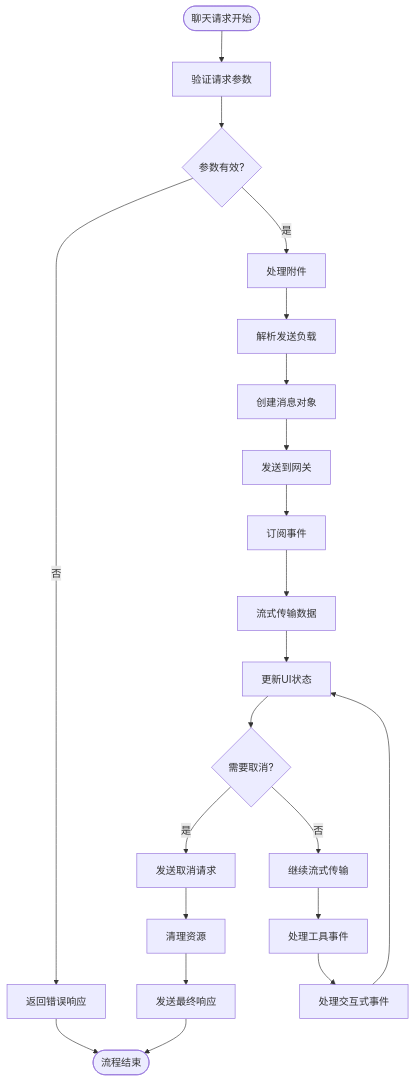
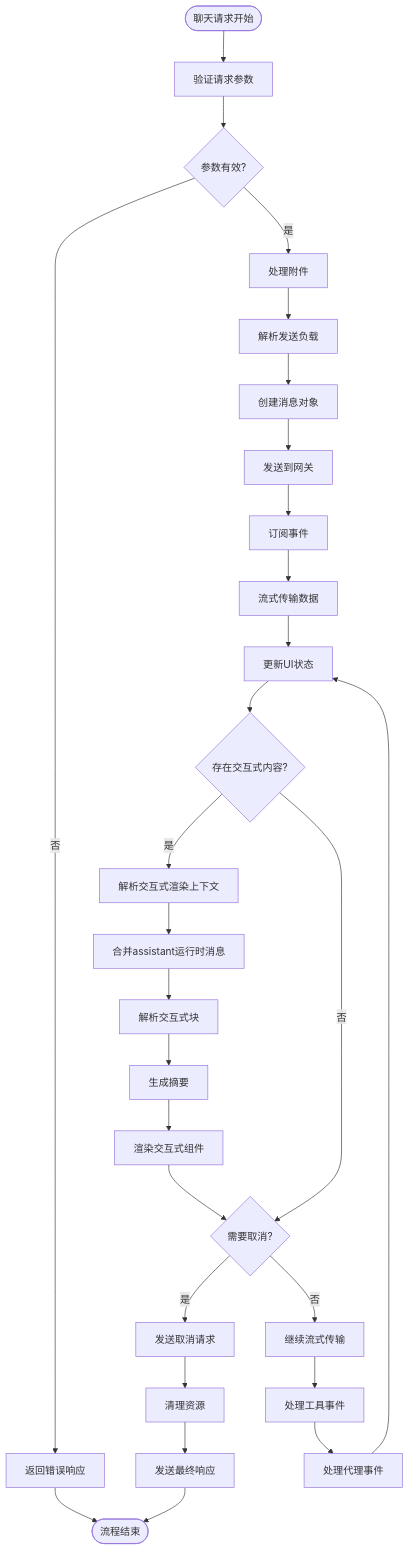
Before and after one commit to verse-ai-org/openclaw: the third of 37 diagrams in .qoder/repowiki/zh/content/Web界面/WebChat界面/聊天运行时提供者增强/聊天运行时提供者增强.md, drawn with Mermaid. The commit also changed other lines of this file and 95 other files, not shown here.

````diff
--- a/.qoder/repowiki/zh/content/Web界面/WebChat界面/聊天运行时提供者增强/聊天运行时提供者增强.md
+++ b/.qoder/repowiki/zh/content/Web界面/WebChat界面/聊天运行时提供者增强/聊天运行时提供者增强.md
@@ -272,23 +297,30 @@
 ```mermaid
 flowchart TD
 Start([聊天请求开始]) --> Validate["验证请求参数"]
 Validate --> Valid{"参数有效?"}
 Valid --> |否| ErrorResponse["返回错误响应"]
 Valid --> |是| ProcessAttachments["处理附件"]
 ProcessAttachments --> ParsePayload["解析发送负载"]
 ParsePayload --> CreateMessage["创建消息对象"]
 CreateMessage --> SendToGateway["发送到网关"]
 SendToGateway --> SubscribeToEvents["订阅事件"]
 SubscribeToEvents --> StreamData["流式传输数据"]
 StreamData --> UpdateUI["更新UI状态"]
-UpdateUI --> CheckCancel{"需要取消?"}
+UpdateUI --> CheckInteractive{"存在交互式内容?"}
+CheckInteractive --> |是| ResolveContext["解析交互式渲染上下文"]
+ResolveContext --> MergeAssistant["合并assistant运行时消息"]
+MergeAssistant --> ParseInteractive["解析交互式块"]
+ParseInteractive --> GenerateSummary["生成摘要"]
+GenerateSummary --> RenderInteractive["渲染交互式组件"]
+CheckInteractive --> |否| CheckCancel{"需要取消?"}
+RenderInteractive --> CheckCancel
 CheckCancel --> |是| CancelRequest["发送取消请求"]
 CheckCancel --> |否| ContinueStream["继续流式传输"]
 ContinueStream --> ProcessToolEvents["处理工具事件"]
-ProcessToolEvents --> ProcessInteractiveEvents["处理交互式事件"]
-ProcessInteractiveEvents --> UpdateUI
+ProcessToolEvents --> ProcessAgentEvents["处理代理事件"]
+ProcessAgentEvents --> UpdateUI
 CancelRequest --> Cleanup["清理资源"]
 Cleanup --> FinalResponse["发送最终响应"]
 ErrorResponse --> End([流程结束])
 FinalResponse --> End
 ```
````
